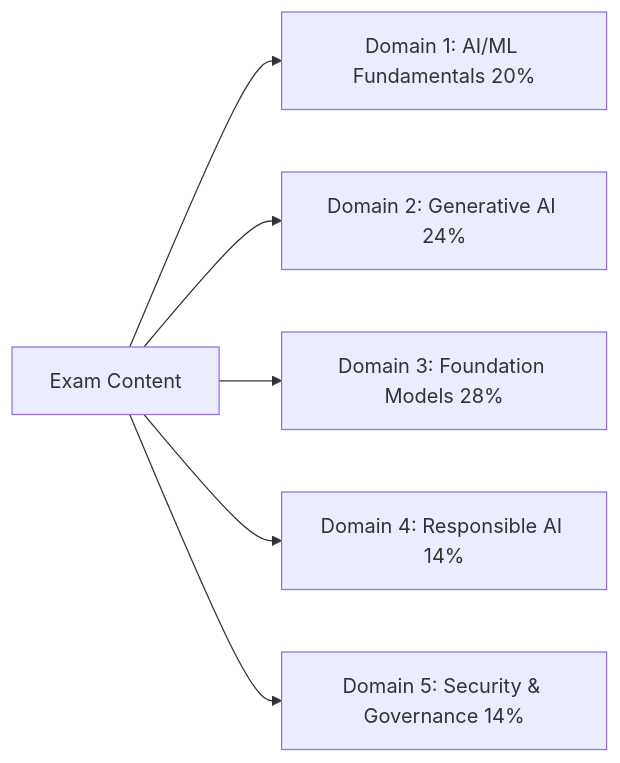
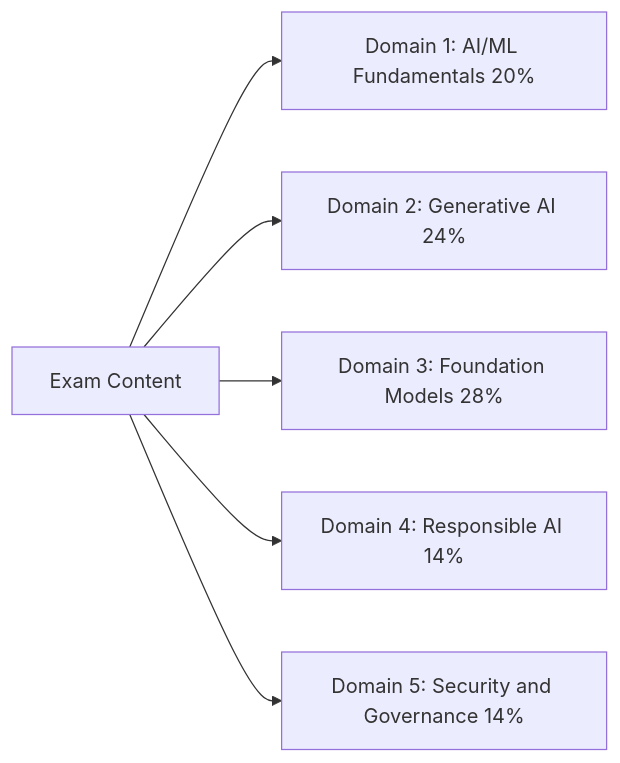
Before and after one commit to CloudCityPress/aws-aif-c01: the fourth of 5 diagrams in english/00_60_AWS_Certifications_and_exam.md, drawn with Mermaid. The commit also changed other lines of this file and 76 other files, not shown here.

````diff
--- a/english/00_60_AWS_Certifications_and_exam.md
+++ b/english/00_60_AWS_Certifications_and_exam.md
@@ -93,8 +128,8 @@
 ```mermaid
 flowchart LR
     A[Exam Content] --> B[Domain 1: AI/ML Fundamentals 20%]
     A --> C[Domain 2: Generative AI 24%]
     A --> D[Domain 3: Foundation Models 28%]
     A --> E[Domain 4: Responsible AI 14%]
-    A --> F[Domain 5: Security & Governance 14%]
+    A --> F[Domain 5: Security and Governance 14%]
 ```
````
